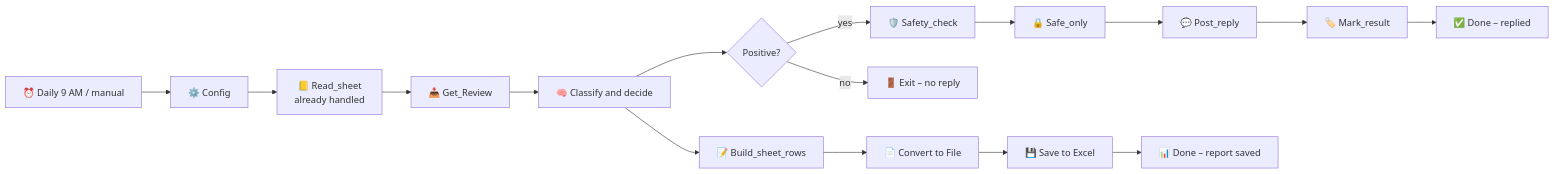
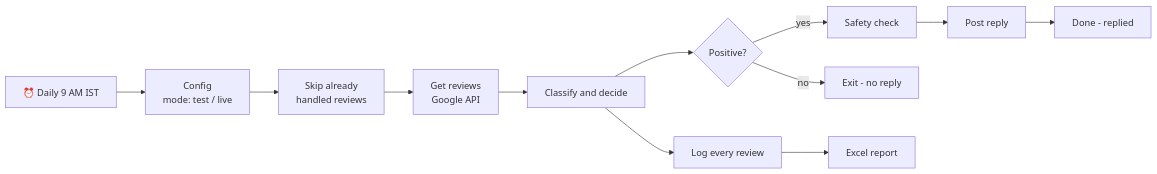
Before and after one commit to Rajangupta17/Healthcare-google-review-auto-reply-bot: the fourth of 4 diagrams in README.md, drawn with Mermaid. The commit also changed other lines of this file and 5 other files, not shown here.

Commit message:
Full story, project flow, impact, docs and evaluation script

````diff
--- a/README.md
+++ b/README.md
@@ -21,11 +105,11 @@
 ```mermaid
 flowchart LR
-    A[⏰ Daily 9 AM / manual] --> B[⚙️ Config]
-    B --> C[📒 Read_sheet<br/>already handled]
-    C --> D[📥 Get_Review]
-    D --> E[🧠 Classify and decide]
-    E --> F{Positive?}
-    F -- yes --> G[🛡️ Safety_check] --> H[🔒 Safe_only] --> I[💬 Post_reply] --> J[🏷️ Mark_result] --> K[✅ Done – replied]
-    F -- no --> L[🚪 Exit – no reply]
-    E --> M[📝 Build_sheet_rows] --> N[📄 Convert to File] --> O[💾 Save to Excel] --> P[📊 Done – report saved]
+    A["⏰ Daily 9 AM IST"] --> B["Config<br/>mode: test / live"]
+    B --> C["Skip already<br/>handled reviews"]
+    C --> D["Get reviews<br/>Google API"]
+    D --> E["Classify and decide"]
+    E --> F{"Positive?"}
+    F -- yes --> G["Safety check"] --> H["Post reply"] --> I["Done - replied"]
+    F -- no --> J["Exit - no reply"]
+    E --> K["Log every review"] --> L["Excel report"]
 ```
````
